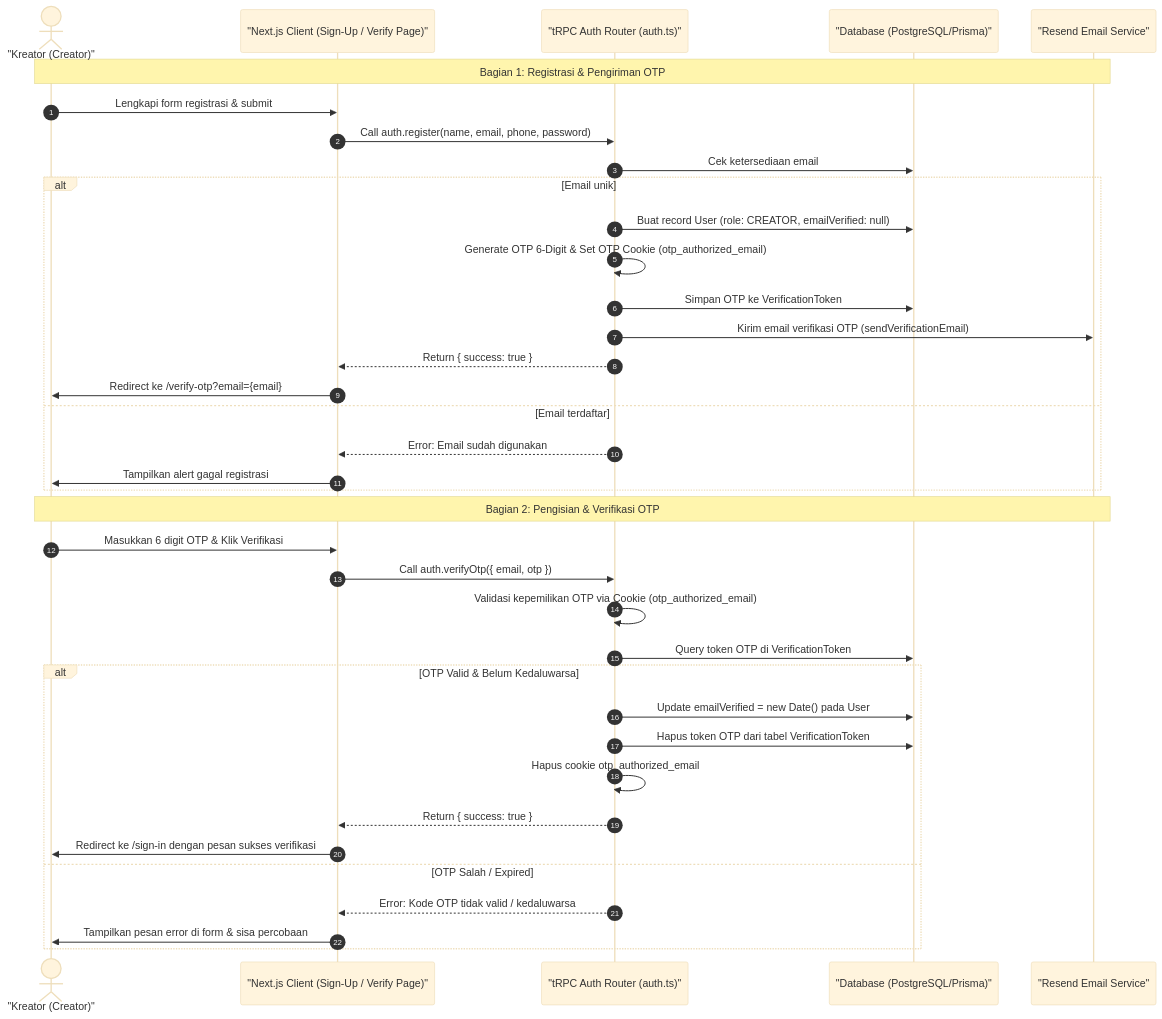
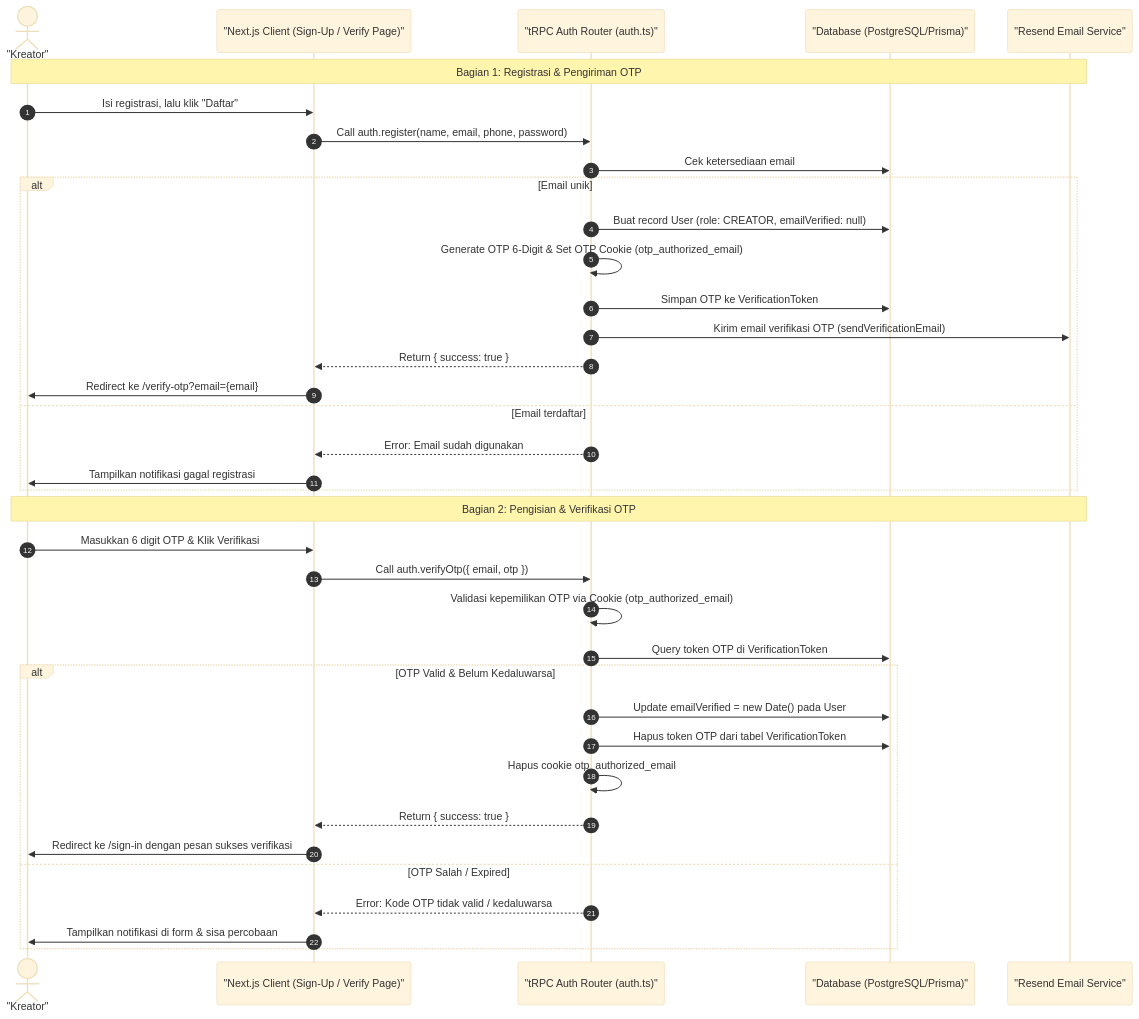
Before and after one commit to luputer/CuanIN: the diagram in docs/15-creator-register.md, drawn with Mermaid (base theme). The commit also changed 53 other files, not shown here.

````diff
--- a/docs/15-creator-register.md
+++ b/docs/15-creator-register.md
@@ -5,43 +5,43 @@
 ```mermaid
 sequenceDiagram
     autonumber
-    actor Creator as "Kreator (Creator)"
+    actor Creator as "Kreator"
     participant Client as "Next.js Client (Sign-Up / Verify Page)"
     participant Server as "tRPC Auth Router (auth.ts)"
     participant DB as "Database (PostgreSQL/Prisma)"
     participant SMTP as "Resend Email Service"
 
     %% Bagian 1: Registrasi Akun
     Note over Creator, SMTP: Bagian 1: Registrasi & Pengiriman OTP
-    Creator->>Client: Lengkapi form registrasi & submit
+    Creator->>Client: Isi registrasi, lalu klik "Daftar"
     Client->>Server: Call auth.register(name, email, phone, password)
     Server->>DB: Cek ketersediaan email
     alt Email unik
         Server->>DB: Buat record User (role: CREATOR, emailVerified: null)
         Server->>Server: Generate OTP 6-Digit & Set OTP Cookie (otp_authorized_email)
         Server->>DB: Simpan OTP ke VerificationToken
         Server->>SMTP: Kirim email verifikasi OTP (sendVerificationEmail)
         Server-->>Client: Return { success: true }
         Client->>Creator: Redirect ke /verify-otp?email={email}
     else Email terdaftar
         Server-->>Client: Error: Email sudah digunakan
-        Client->>Creator: Tampilkan alert gagal registrasi
+        Client->>Creator: Tampilkan notifikasi gagal registrasi
     end
 
     %% Bagian 2: Verifikasi OTP
     Note over Creator, SMTP: Bagian 2: Pengisian & Verifikasi OTP
     Creator->>Client: Masukkan 6 digit OTP & Klik Verifikasi
     Client->>Server: Call auth.verifyOtp({ email, otp })
     Server->>Server: Validasi kepemilikan OTP via Cookie (otp_authorized_email)
     Server->>DB: Query token OTP di VerificationToken
     alt OTP Valid & Belum Kedaluwarsa
         Server->>DB: Update emailVerified = new Date() pada User
         Server->>DB: Hapus token OTP dari tabel VerificationToken
         Server->>Server: Hapus cookie otp_authorized_email
         Server-->>Client: Return { success: true }
         Client->>Creator: Redirect ke /sign-in dengan pesan sukses verifikasi
     else OTP Salah / Expired
         Server-->>Client: Error: Kode OTP tidak valid / kedaluwarsa
-        Client->>Creator: Tampilkan pesan error di form & sisa percobaan
+        Client->>Creator: Tampilkan notifikasi di form & sisa percobaan
     end
 ```
````
